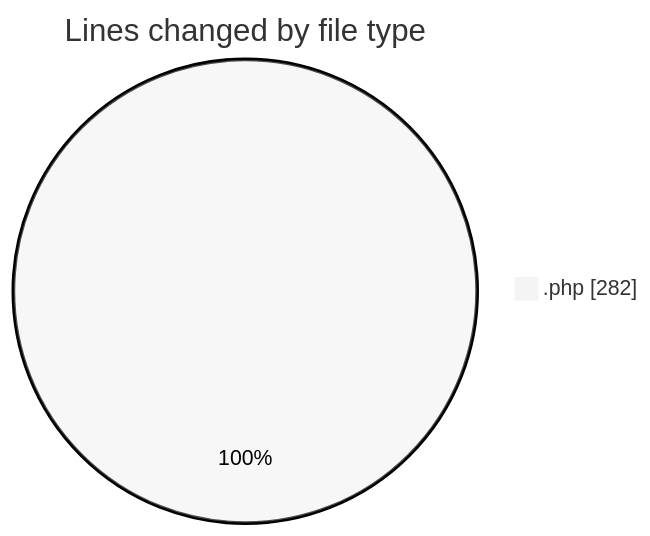
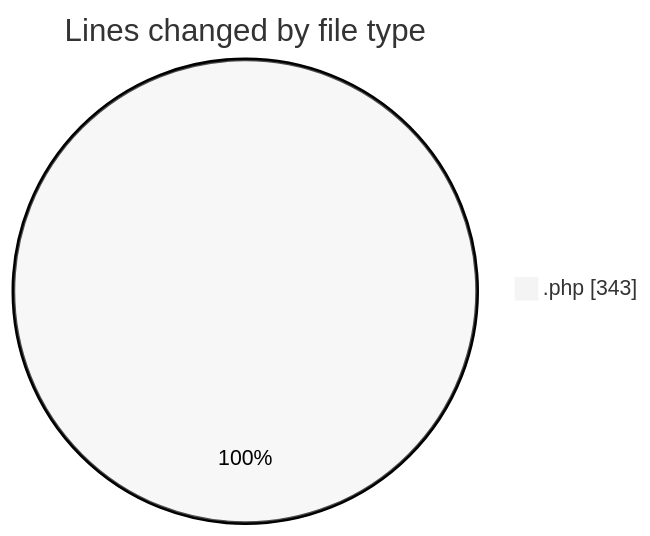
The first of 2 diagrams in 2026-08-25/jogo/README.md (LanceThiago/code-tracking), drawn with Mermaid (neutral theme) before and after one commit. The commit also changed other lines of this file and 1 other file, not shown here.

````diff
--- a/2026-08-25/jogo/README.md
+++ b/2026-08-25/jogo/README.md
@@ -21,5 +21,5 @@
 ```mermaid
 pie showData
 title Lines changed by file type
-".php" : 282
+".php" : 343
 ```
````
